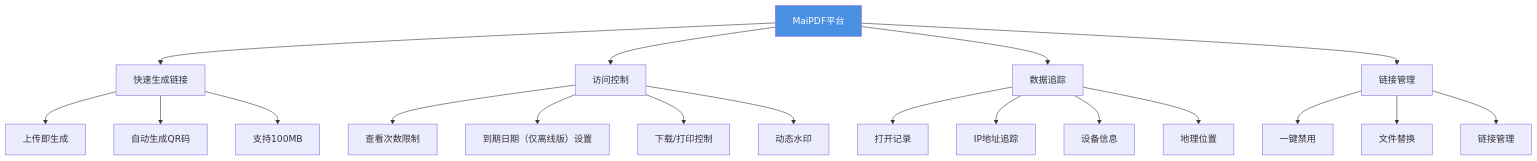
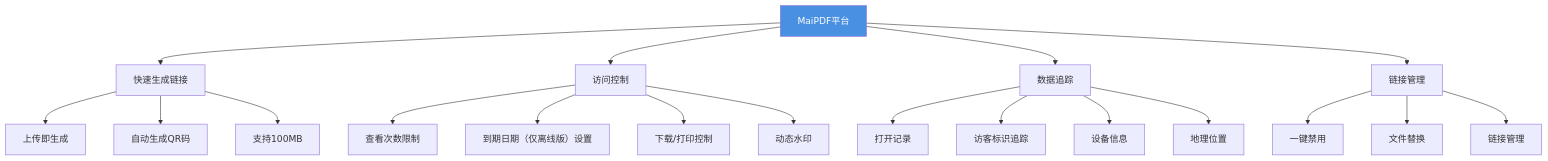
The second of 12 diagrams in src/content/blog/cn/pdf-sharing-introduction.md (mythenigma/cloudflareAstro), drawn with Mermaid before and after one commit. The commit also changed other lines of this file and 353 other files, not shown here.

````diff
--- a/src/content/blog/cn/pdf-sharing-introduction.md
+++ b/src/content/blog/cn/pdf-sharing-introduction.md
@@ -53,27 +53,27 @@
 ```mermaid
 flowchart TD
     A[MaiPDF平台] --> B[快速生成链接]
     A --> C[访问控制]
     A --> D[数据追踪]
     A --> E[链接管理]
     
     B --> B1[上传即生成]
     B --> B2[自动生成QR码]
     B --> B3[支持100MB]
     
     C --> C1[查看次数限制]
     C --> C2[到期日期（仅离线版）设置]
     C --> C3[下载/打印控制]
     C --> C4[动态水印]
     
     D --> D1[打开记录]
-    D --> D2[IP地址追踪]
+    D --> D2[访客标识追踪]
     D --> D3[设备信息]
     D --> D4[地理位置]
     
     E --> E1[一键禁用]
     E --> E2[文件替换]
     E --> E3[链接管理]
     
     style A fill:#4A90E2,color:#fff
 ```
````
